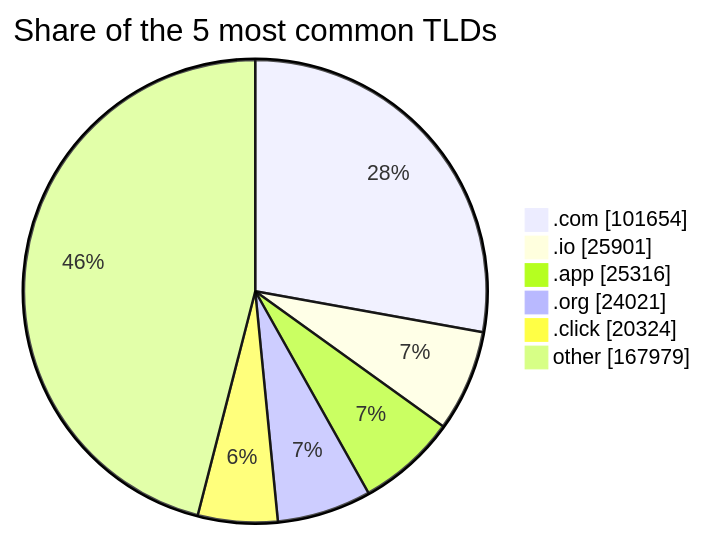
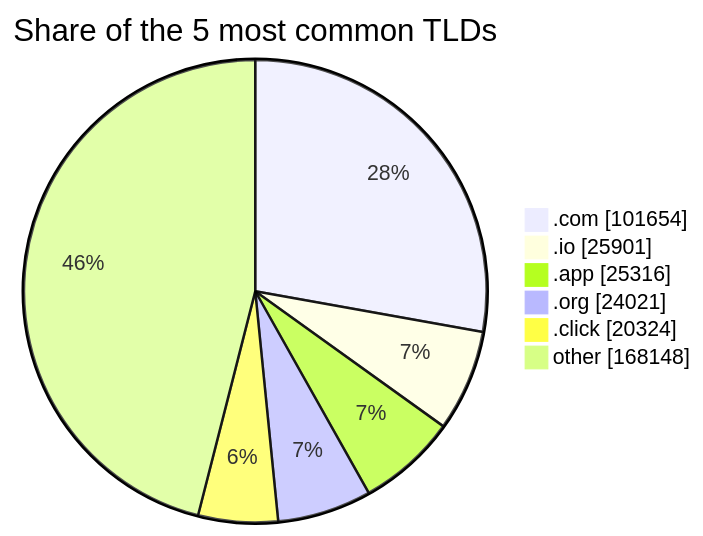
One commit to DNSBunker/CTI changed the third of 3 diagrams in README.md. Above: the diagram before and after it, drawn with Mermaid. The commit also changed other lines of this file and 3 other files, not shown here.

````diff
--- a/README.md
+++ b/README.md
@@ -81,9 +81,9 @@
 ```mermaid
 pie showData title Share of the 5 most common TLDs
     ".com" : 101654
     ".io" : 25901
     ".app" : 25316
     ".org" : 24021
     ".click" : 20324
-    "other" : 167979
+    "other" : 168148
 ```
````
